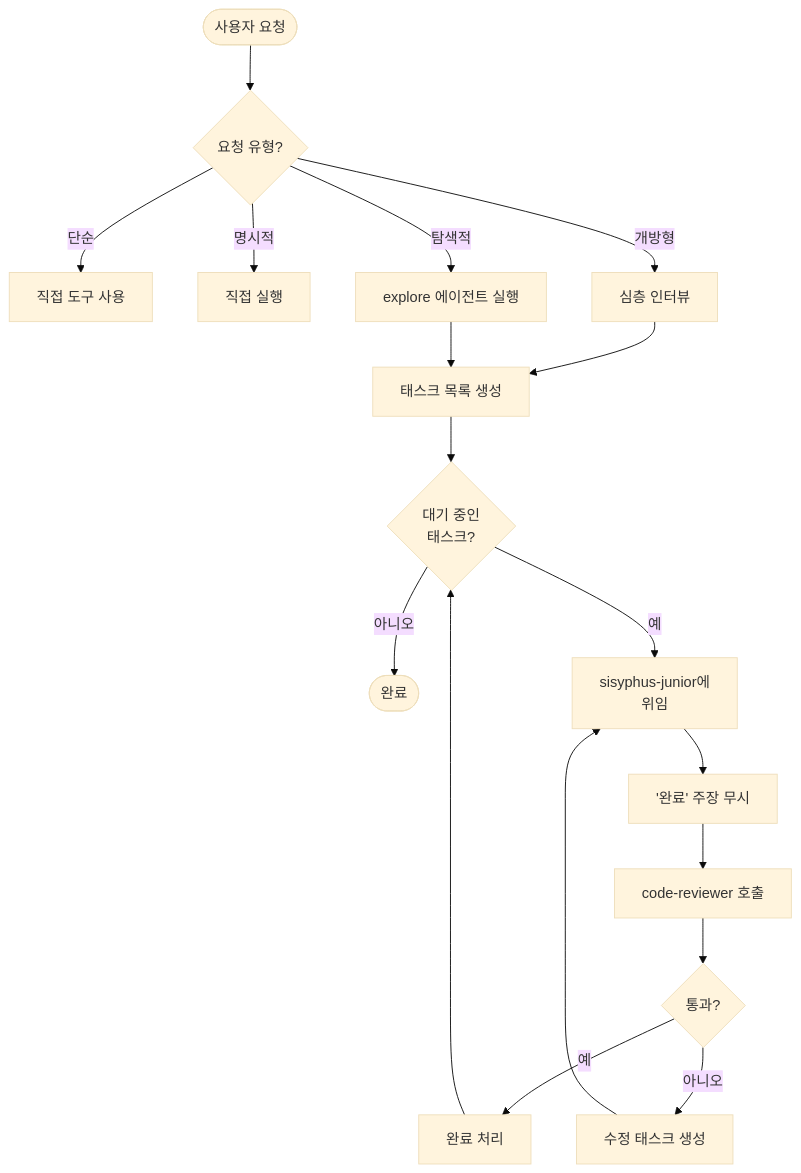
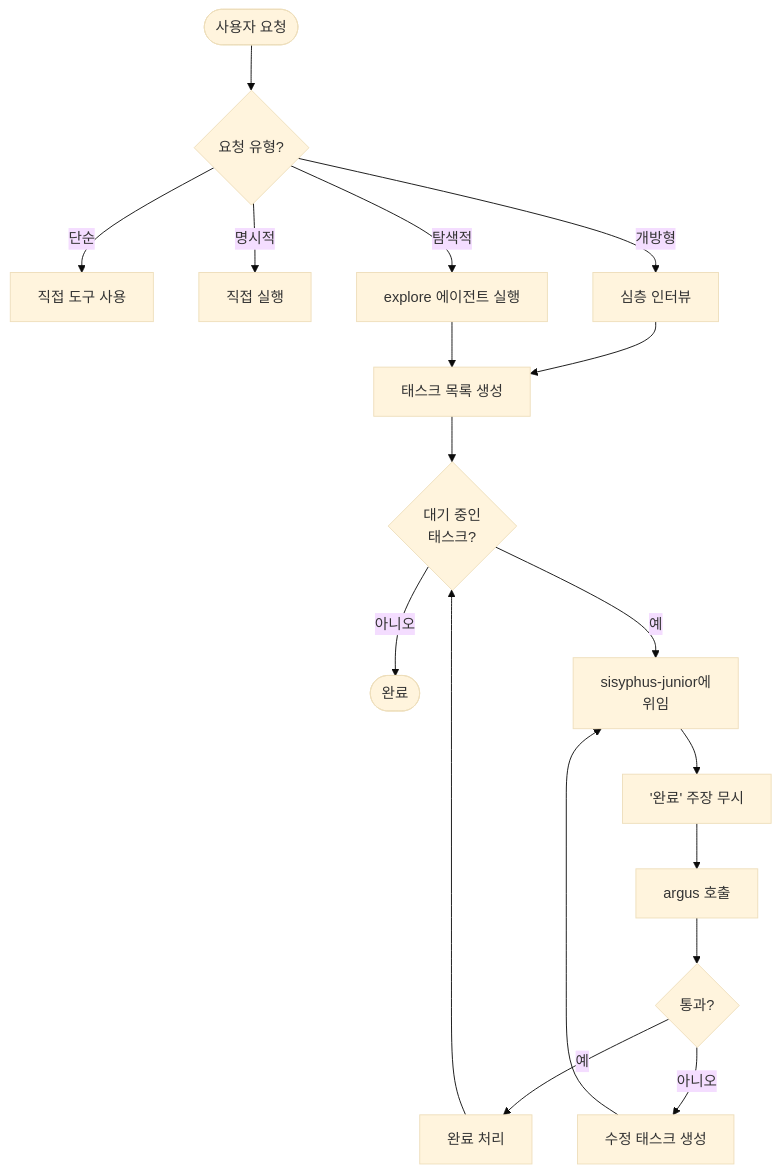
One commit to toongri/oh-my-toong-playground changed the fourth of 5 diagrams in README.md. Above: the diagram before and after it, drawn with Mermaid (base theme). The commit also changed other lines of this file and 15 other files, not shown here.

````diff
--- a/README.md
+++ b/README.md
@@ -142,22 +142,22 @@
 ```mermaid
 flowchart TB
     Start([사용자 요청]) --> Classify{요청 유형?}
     Classify -->|단순| Direct[직접 도구 사용]
     Classify -->|명시적| Execute[직접 실행]
     Classify -->|탐색적| Explore[explore 에이전트 실행]
     Classify -->|개방형| Interview[심층 인터뷰]
 
     Interview --> Tasks[태스크 목록 생성]
     Explore --> Tasks
 
     Tasks --> Loop{대기 중인<br/>태스크?}
     Loop -->|아니오| Done([완료])
     Loop -->|예| Delegate[sisyphus-junior에<br/>위임]
     Delegate --> Ignore['완료' 주장 무시]
-    Ignore --> Review[code-reviewer 호출]
+    Ignore --> Review[argus 호출]
     Review --> Pass{통과?}
     Pass -->|예| Complete[완료 처리]
     Pass -->|아니오| Fix[수정 태스크 생성]
     Fix --> Delegate
     Complete --> Loop
 ```
````
